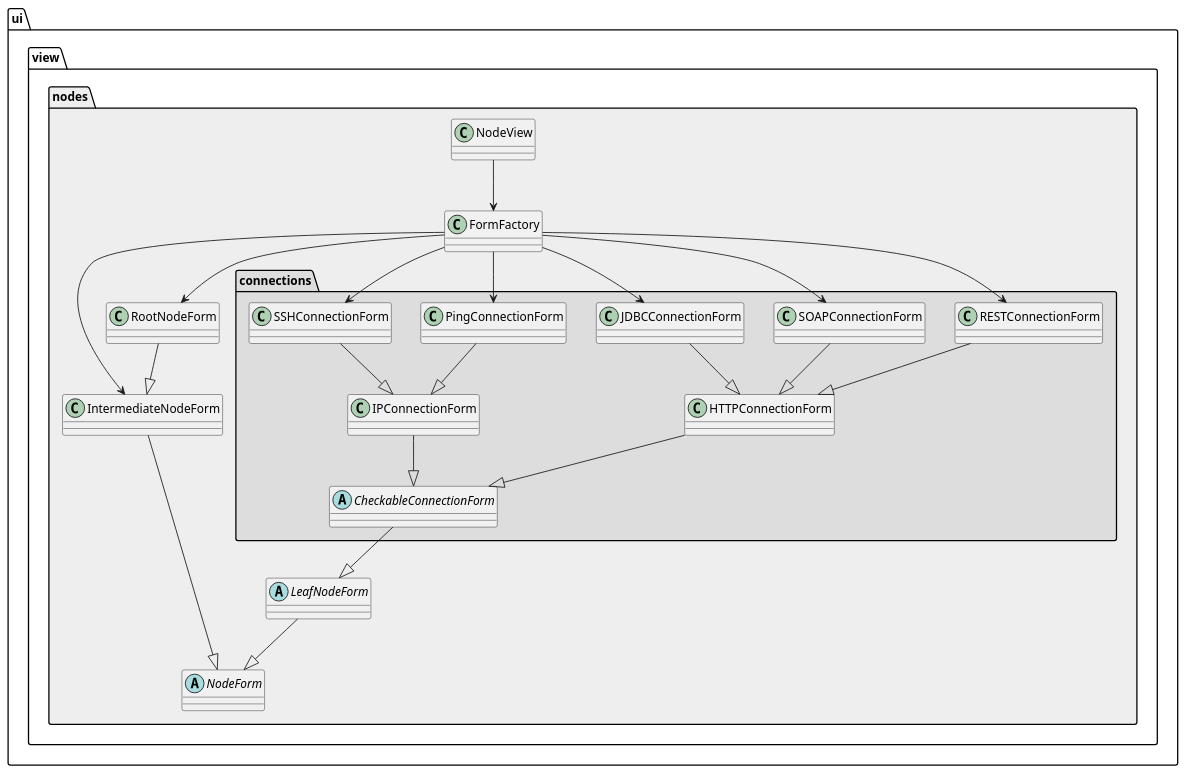
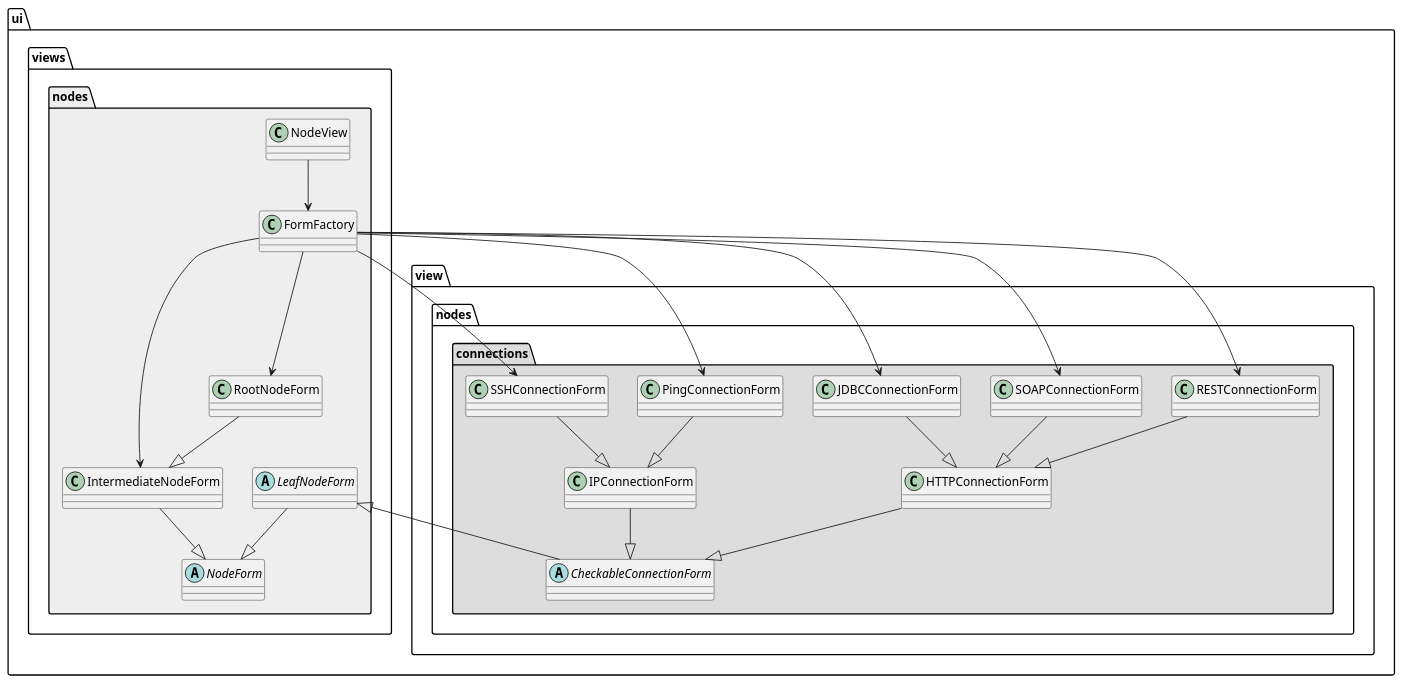
One commit to mmoser18/kismon changed the diagram in docs/ui_view_nodes.puml. Above: the diagram before and after it, drawn with PlantUML. The commit also changed 9 other files, not shown here.

```diff
--- a/docs/ui_view_nodes.puml
+++ b/docs/ui_view_nodes.puml
@@ -1,41 +1,49 @@
 @startuml
 
+package "ui.views.nodes" [[../src/main/java/net/mmo/utils/kism/ui/views/nodes]] #EEEEEE {
 
-package "ui.view.nodes" #EEEEEE {
-
-	abstract class NodeForm
-	abstract class LeafNodeForm
+	abstract class NodeForm [[../src/main/java/net/mmo/utils/kism/ui/views/nodes/NodeForm.java]]
+	abstract class LeafNodeForm [[../src/main/java/net/mmo/utils/kism/ui/views/nodes/LeafNodeForm.java]]
 	
-	class IntermediateNodeForm
-	class RootNodeForm
+	class IntermediateNodeForm [[../src/main/java/net/mmo/utils/kism/ui/views/nodes/IntermediateNodeForm.java]]
+	class RootNodeForm [[../src/main/java/net/mmo/utils/kism/ui/views/nodes/RootNodeForm.java]]
 	
 	LeafNodeForm --|> NodeForm
 	
 	IntermediateNodeForm --|> NodeForm
 	RootNodeForm --|> IntermediateNodeForm
 
-	package "ui.view.nodes.connections" #DDDDDD {
-		abstract class CheckableConnectionForm
+	package "ui.view.nodes.connections" [[../src/main/java/net/mmo/utils/kism/ui/views/nodes/connections]] #DDDDDD {
+		abstract class CheckableConnectionForm [[../src/main/java/net/mmo/utils/kism/ui/views/nodes/connections/CheckableConnectionForm.java]]
+		
+		class HTTPConnectionForm [[../src/main/java/net/mmo/utils/kism/ui/views/nodes/connections/HTTPConnectionForm.java]]
+		class RESTConnectionForm [[../src/main/java/net/mmo/utils/kism/ui/views/nodes/connections/RESTConnectionForm.java]]
+		class SOAPConnectionForm [[../src/main/java/net/mmo/utils/kism/ui/views/nodes/connections/SOAPConnectionForm.java]]
+		class JDBCConnectionForm [[../src/main/java/net/mmo/utils/kism/ui/views/nodes/connections/JDBCConnectionForm.java]]
+		class IPConnectionForm [[../src/main/java/net/mmo/utils/kism/ui/views/nodes/connections/IPConnectionForm.java]]
+		class PingConnectionForm [[../src/main/java/net/mmo/utils/kism/ui/views/nodes/connections/PingConnectionForm.java]]
+		class SSHConnectionForm [[../src/main/java/net/mmo/utils/kism/ui/views/nodes/connections/SSHConnectionForm.java]]
 		
 		CheckableConnectionForm --|> LeafNodeForm
 		HTTPConnectionForm --|> CheckableConnectionForm
 		IPConnectionForm   --|> CheckableConnectionForm
 		RESTConnectionForm --|> HTTPConnectionForm
 		SOAPConnectionForm --|> HTTPConnectionForm
 		JDBCConnectionForm --|> HTTPConnectionForm
 		PingConnectionForm --|> IPConnectionForm
 		SSHConnectionForm  --|> IPConnectionForm
 	}
 
+	class FormFactory [[../src/main/java/net/mmo/utils/kism/ui/views/nodes/connections/FormFactory.java]]
 	FormFactory --> RootNodeForm
 	FormFactory --> IntermediateNodeForm
 	FormFactory --> RESTConnectionForm
 	FormFactory --> SOAPConnectionForm
 	FormFactory --> JDBCConnectionForm
 	FormFactory --> PingConnectionForm
 	FormFactory --> SSHConnectionForm
 
 	NodeView --> FormFactory
 }
 
 @enduml
```
